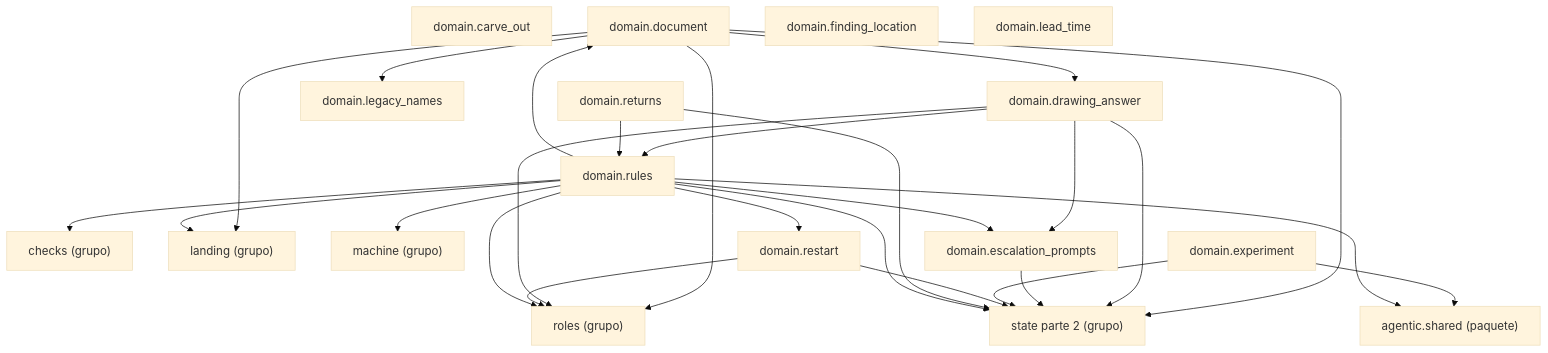
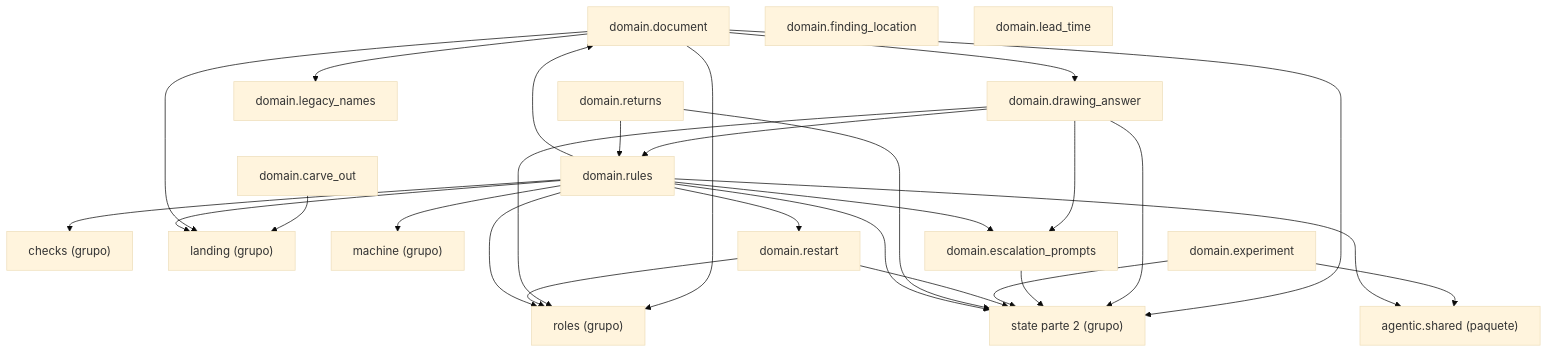
The diagram in docs/architecture/generated/packages-process-domain-state-1.md (GonzaloZevallos/agentic-system), drawn with Mermaid (base theme) before and after one commit. The commit also changed 21 other files, not shown here.

````diff
--- a/docs/architecture/generated/packages-process-domain-state-1.md
+++ b/docs/architecture/generated/packages-process-domain-state-1.md
@@ -12,45 +12,46 @@
 ```mermaid
 graph TD
     g_domain__checks["checks (grupo)"]
     g_domain__landing["landing (grupo)"]
     g_domain__machine["machine (grupo)"]
     g_domain__roles["roles (grupo)"]
     g_domain__state__2["state parte 2 (grupo)"]
     g_pkg__agentic__shared["agentic.shared (paquete)"]
     m_domain__carve_out["domain.carve_out"]
     m_domain__document["domain.document"]
     m_domain__drawing_answer["domain.drawing_answer"]
     m_domain__escalation_prompts["domain.escalation_prompts"]
     m_domain__experiment["domain.experiment"]
     m_domain__finding_location["domain.finding_location"]
     m_domain__lead_time["domain.lead_time"]
     m_domain__legacy_names["domain.legacy_names"]
     m_domain__restart["domain.restart"]
     m_domain__returns["domain.returns"]
     m_domain__rules["domain.rules"]
+    m_domain__carve_out --> g_domain__landing
     m_domain__document --> g_domain__landing
     m_domain__document --> g_domain__roles
     m_domain__document --> g_domain__state__2
     m_domain__document --> m_domain__drawing_answer
     m_domain__document --> m_domain__legacy_names
     m_domain__drawing_answer --> g_domain__roles
     m_domain__drawing_answer --> g_domain__state__2
     m_domain__drawing_answer --> m_domain__escalation_prompts
     m_domain__drawing_answer --> m_domain__rules
     m_domain__escalation_prompts --> g_domain__state__2
     m_domain__experiment --> g_domain__state__2
     m_domain__experiment --> g_pkg__agentic__shared
     m_domain__restart --> g_domain__roles
     m_domain__restart --> g_domain__state__2
     m_domain__returns --> g_domain__state__2
     m_domain__returns --> m_domain__rules
     m_domain__rules --> g_domain__checks
     m_domain__rules --> g_domain__landing
     m_domain__rules --> g_domain__machine
     m_domain__rules --> g_domain__roles
     m_domain__rules --> g_domain__state__2
     m_domain__rules --> g_pkg__agentic__shared
     m_domain__rules --> m_domain__document
     m_domain__rules --> m_domain__escalation_prompts
     m_domain__rules --> m_domain__restart
 ```
````
